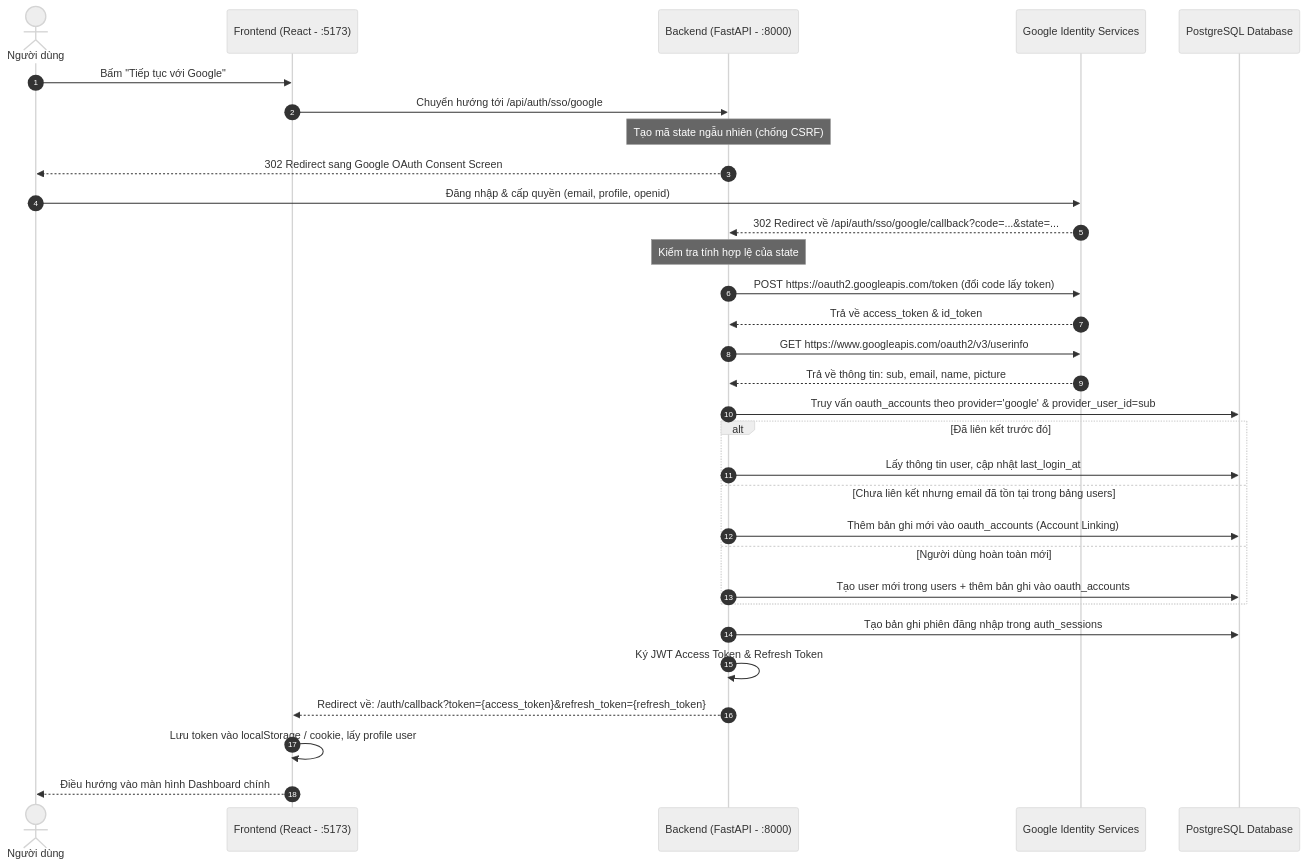
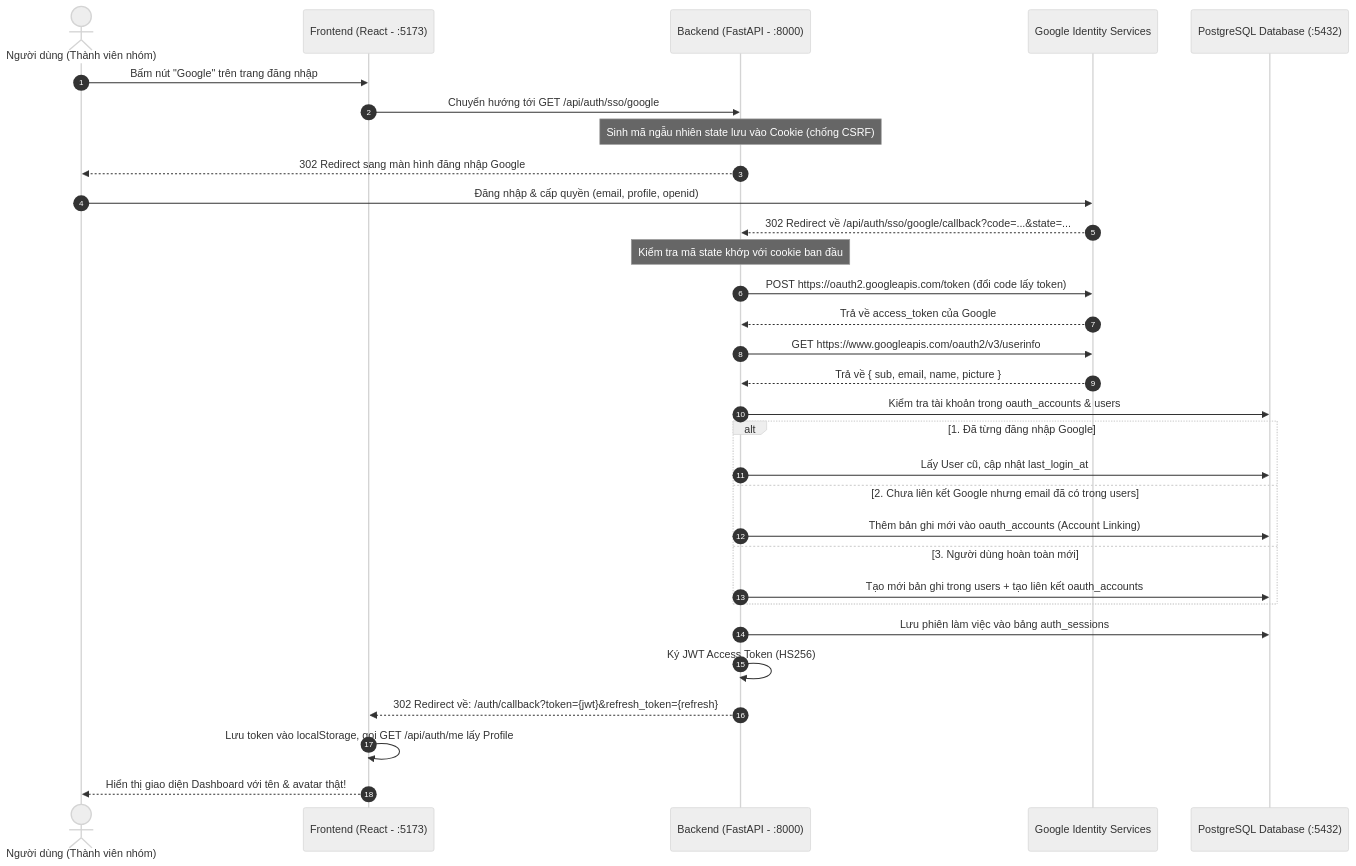
The diagram in docs/google-sso-plan.md (huyentran2005/Project_IT4409), drawn with Mermaid (neutral theme) before and after one commit. The commit also changed other lines of this file and 4 other files, not shown here.

Commit message:
feat(frontend): tich hop xu ly callback sso va api profile

````diff
--- a/docs/google-sso-plan.md
+++ b/docs/google-sso-plan.md
@@ -23,34 +19,34 @@
 ```mermaid
 sequenceDiagram
     autonumber
-    actor User as Người dùng
+    actor User as Người dùng (Thành viên nhóm)
     participant FE as Frontend (React - :5173)
     participant BE as Backend (FastAPI - :8000)
     participant Google as Google Identity Services
-    participant DB as PostgreSQL Database
+    participant DB as PostgreSQL Database (:5432)
 
-    User->>FE: Bấm "Tiếp tục với Google"
-    FE->>BE: Chuyển hướng tới /api/auth/sso/google
-    Note over BE: Tạo mã state ngẫu nhiên (chống CSRF)
-    BE-->>User: 302 Redirect sang Google OAuth Consent Screen
+    User->>FE: Bấm nút "Google" trên trang đăng nhập
+    FE->>BE: Chuyển hướng tới GET /api/auth/sso/google
+    Note over BE: Sinh mã ngẫu nhiên state lưu vào Cookie (chống CSRF)
+    BE-->>User: 302 Redirect sang màn hình đăng nhập Google
     User->>Google: Đăng nhập & cấp quyền (email, profile, openid)
     Google-->>BE: 302 Redirect về /api/auth/sso/google/callback?code=...&state=...
-    Note over BE: Kiểm tra tính hợp lệ của state
+    Note over BE: Kiểm tra mã state khớp với cookie ban đầu
     BE->>Google: POST https://oauth2.googleapis.com/token (đổi code lấy token)
-    Google-->>BE: Trả về access_token & id_token
+    Google-->>BE: Trả về access_token của Google
     BE->>Google: GET https://www.googleapis.com/oauth2/v3/userinfo
-    Google-->>BE: Trả về thông tin: sub, email, name, picture
-    BE->>DB: Truy vấn oauth_accounts theo provider='google' & provider_user_id=sub
-    alt Đã liên kết trước đó
-        BE->>DB: Lấy thông tin user, cập nhật last_login_at
-    else Chưa liên kết nhưng email đã tồn tại trong bảng users
+    Google-->>BE: Trả về { sub, email, name, picture }
+    BE->>DB: Kiểm tra tài khoản trong oauth_accounts & users
+    alt 1. Đã từng đăng nhập Google
+        BE->>DB: Lấy User cũ, cập nhật last_login_at
+    else 2. Chưa liên kết Google nhưng email đã có trong users
         BE->>DB: Thêm bản ghi mới vào oauth_accounts (Account Linking)
-    else Người dùng hoàn toàn mới
-        BE->>DB: Tạo user mới trong users + thêm bản ghi vào oauth_accounts
+    else 3. Người dùng hoàn toàn mới
+        BE->>DB: Tạo mới bản ghi trong users + tạo liên kết oauth_accounts
     end
-    BE->>DB: Tạo bản ghi phiên đăng nhập trong auth_sessions
-    BE->>BE: Ký JWT Access Token & Refresh Token
-    BE-->>FE: Redirect về: /auth/callback?token={access_token}&refresh_token={refresh_token}
-    FE->>FE: Lưu token vào localStorage / cookie, lấy profile user
-    FE-->>User: Điều hướng vào màn hình Dashboard chính
+    BE->>DB: Lưu phiên làm việc vào bảng auth_sessions
+    BE->>BE: Ký JWT Access Token (HS256)
+    BE-->>FE: 302 Redirect về: /auth/callback?token={jwt}&refresh_token={refresh}
+    FE->>FE: Lưu token vào localStorage, gọi GET /api/auth/me lấy Profile
+    FE-->>User: Hiển thị giao diện Dashboard với tên & avatar thật!
 ```
````
